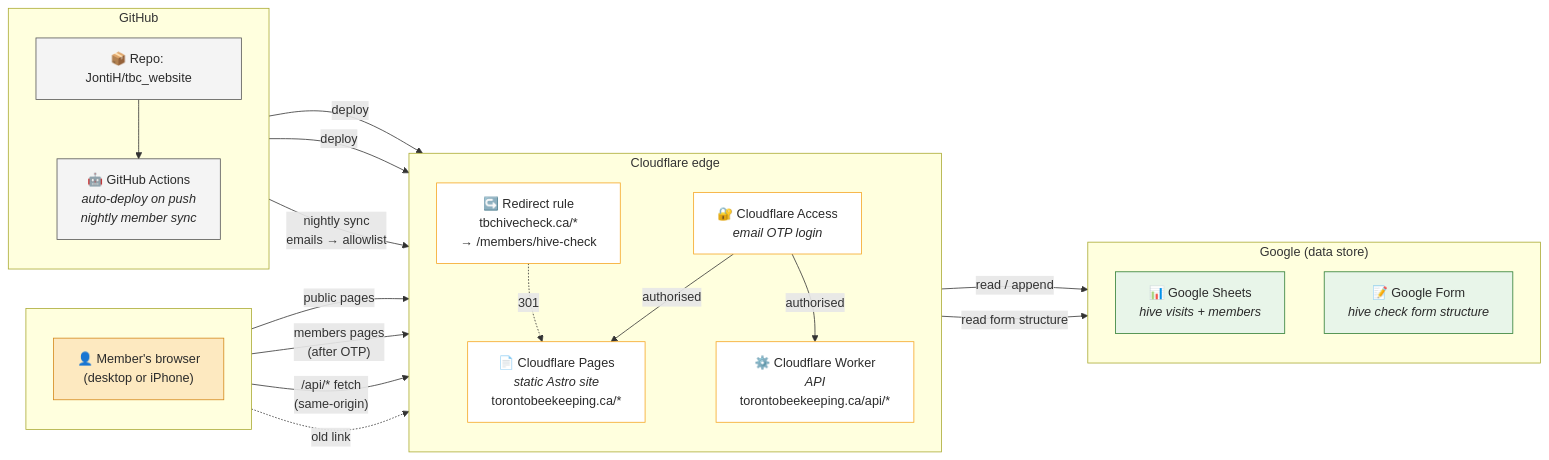
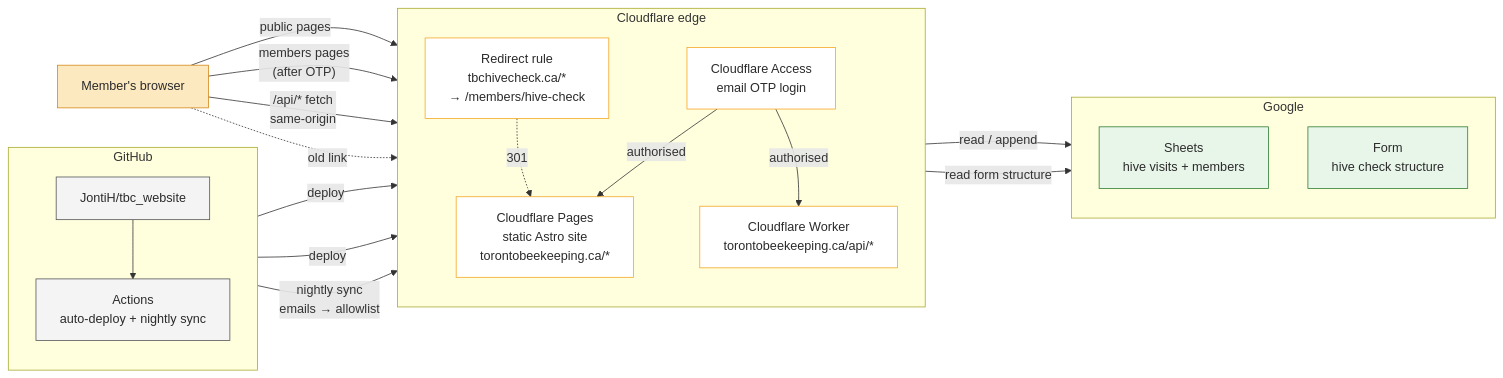
The diagram in README.md (JontiH/tbc_website), drawn with Mermaid before and after one commit. The commit also changed other lines of this file and 2 other files, not shown here.

````diff
--- a/README.md
+++ b/README.md
@@ -57,51 +44,48 @@
 ```mermaid
 flowchart LR
-    subgraph Browser[" "]
-        direction TB
-        U["👤 Member's browser<br/>(desktop or iPhone)"]
-    end
+    U["Member's browser"]
 
     subgraph CF["Cloudflare edge"]
         direction TB
-        ACC["🔐 Cloudflare Access<br/><i>email OTP login</i>"]
-        PAGES["📄 Cloudflare Pages<br/><i>static Astro site</i><br/>torontobeekeeping.ca/*"]
-        WORK["⚙️ Cloudflare Worker<br/><i>API</i><br/>torontobeekeeping.ca/api/*"]
-        REDIR["↪️ Redirect rule<br/>tbchivecheck.ca/*<br/>→ /members/hive-check"]
+        ACC["Cloudflare Access<br/>email OTP login"]
+        PAGES["Cloudflare Pages<br/>static Astro site<br/>torontobeekeeping.ca/*"]
+        WORK["Cloudflare Worker<br/>torontobeekeeping.ca/api/*"]
+        REDIR["Redirect rule<br/>tbchivecheck.ca/*<br/>→ /members/hive-check"]
     end
 
-    subgraph Google["Google (data store)"]
+    subgraph Google["Google"]
         direction TB
-        SHEET["📊 Google Sheets<br/><i>hive visits + members</i>"]
-        FORM["📝 Google Form<br/><i>hive check form structure</i>"]
+        SHEET["Sheets<br/>hive visits + members"]
+        FORM["Form<br/>hive check structure"]
     end
 
     subgraph GH["GitHub"]
         direction TB
-        REPO["📦 Repo: JontiH/tbc_website"]
-        CI["🤖 GitHub Actions<br/><i>auto-deploy on push</i><br/><i>nightly member sync</i>"]
+        REPO["JontiH/tbc_website"]
+        CI["Actions<br/>auto-deploy + nightly sync"]
     end
 
     U -->|"public pages"| PAGES
     U -->|"members pages<br/>(after OTP)"| ACC
     ACC -->|"authorised"| PAGES
-    U -->|"/api/* fetch<br/>(same-origin)"| ACC
+    U -->|"/api/* fetch<br/>same-origin"| ACC
     ACC -->|"authorised"| WORK
     WORK -->|"read / append"| SHEET
     WORK -->|"read form structure"| FORM
     U -.->|"old link"| REDIR
     REDIR -.->|"301"| PAGES
 
     REPO --> CI
     CI -->|"deploy"| PAGES
     CI -->|"deploy"| WORK
     CI -->|"nightly sync<br/>emails → allowlist"| ACC
 
     classDef user fill:#FDE9C0,stroke:#D4881A,color:#2B2B2B
     classDef cf fill:#fff,stroke:#F5A623,color:#2B2B2B
     classDef ext fill:#E8F5E9,stroke:#2E7D32,color:#2B2B2B
     classDef gh fill:#f4f4f4,stroke:#555,color:#2B2B2B
     class U user
     class PAGES,WORK,ACC,REDIR cf
     class SHEET,FORM ext
     class REPO,CI gh
 ```
````
